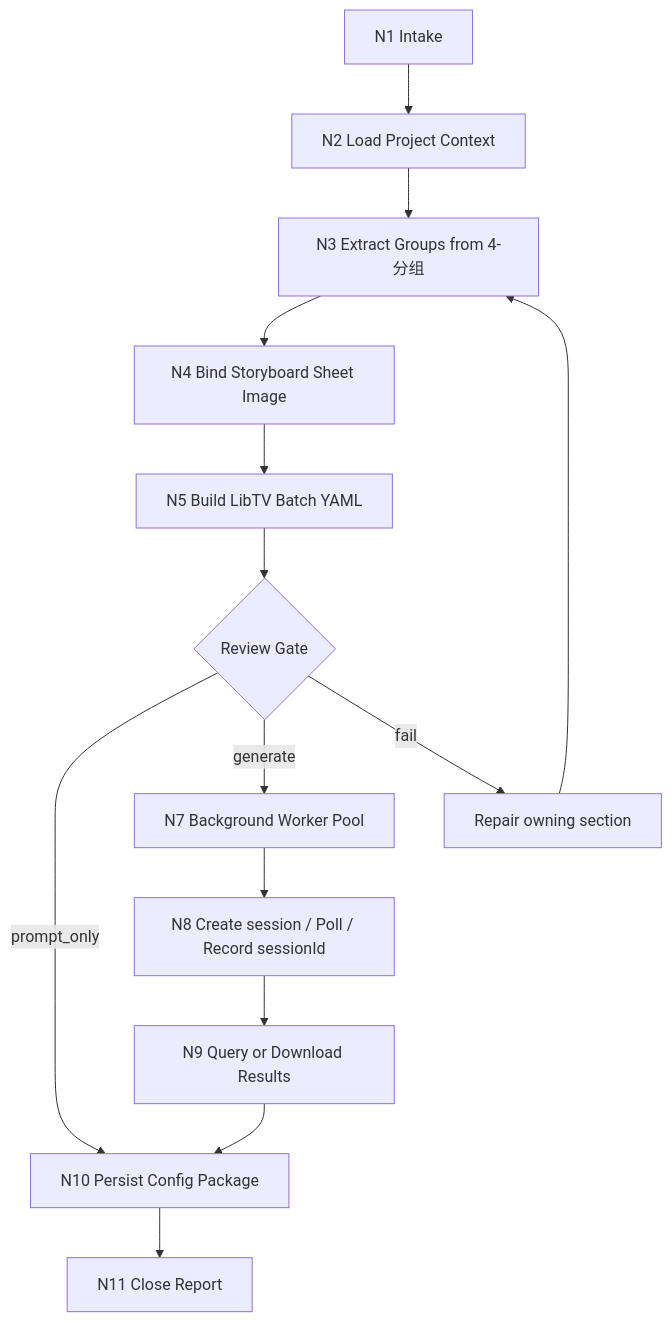
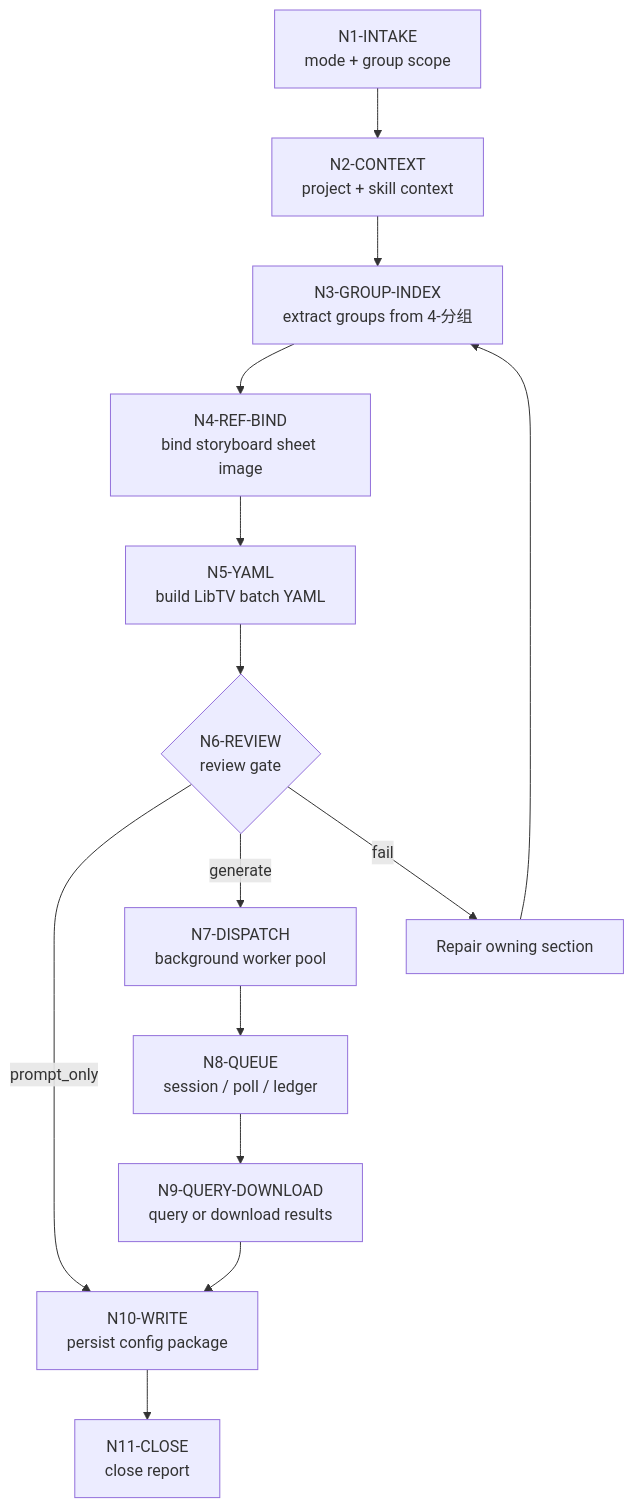
One commit to ZEN-VOID/AI-CUT changed the first of 2 diagrams in .agents/skills/aigc/7-视频/B-分镜故事板参照/steps/storyboard-video-workflow.md. Above: the diagram before and after it, drawn with Mermaid. The commit also changed 41 other files, not shown here.

````diff
--- a/.agents/skills/aigc/7-视频/B-分镜故事板参照/steps/storyboard-video-workflow.md
+++ b/.agents/skills/aigc/7-视频/B-分镜故事板参照/steps/storyboard-video-workflow.md
@@ -7,16 +7,16 @@
 ```mermaid
 flowchart TD
-    N1["N1 Intake"] --> N2["N2 Load Project Context"]
-    N2 --> N3["N3 Extract Groups from 4-分组"]
-    N3 --> N4["N4 Bind Storyboard Sheet Image"]
-    N4 --> N5["N5 Build LibTV Batch YAML"]
-    N5 --> N6{"Review Gate"}
-    N6 -->|"prompt_only"| N10["N10 Persist Config Package"]
-    N6 -->|"generate"| N7["N7 Background Worker Pool"]
-    N7 --> N8["N8 Create session / Poll / Record sessionId"]
-    N8 --> N9["N9 Query or Download Results"]
+    N1["N1-INTAKE<br/>mode + group scope"] --> N2["N2-CONTEXT<br/>project + skill context"]
+    N2 --> N3["N3-GROUP-INDEX<br/>extract groups from 4-分组"]
+    N3 --> N4["N4-REF-BIND<br/>bind storyboard sheet image"]
+    N4 --> N5["N5-YAML<br/>build LibTV batch YAML"]
+    N5 --> N6{"N6-REVIEW<br/>review gate"}
+    N6 -->|"prompt_only"| N10["N10-WRITE<br/>persist config package"]
+    N6 -->|"generate"| N7["N7-DISPATCH<br/>background worker pool"]
+    N7 --> N8["N8-QUEUE<br/>session / poll / ledger"]
+    N8 --> N9["N9-QUERY-DOWNLOAD<br/>query or download results"]
     N9 --> N10
     N6 -->|"fail"| R["Repair owning section"]
     R --> N3
-    N10 --> N11["N11 Close Report"]
+    N10 --> N11["N11-CLOSE<br/>close report"]
 ```
````
